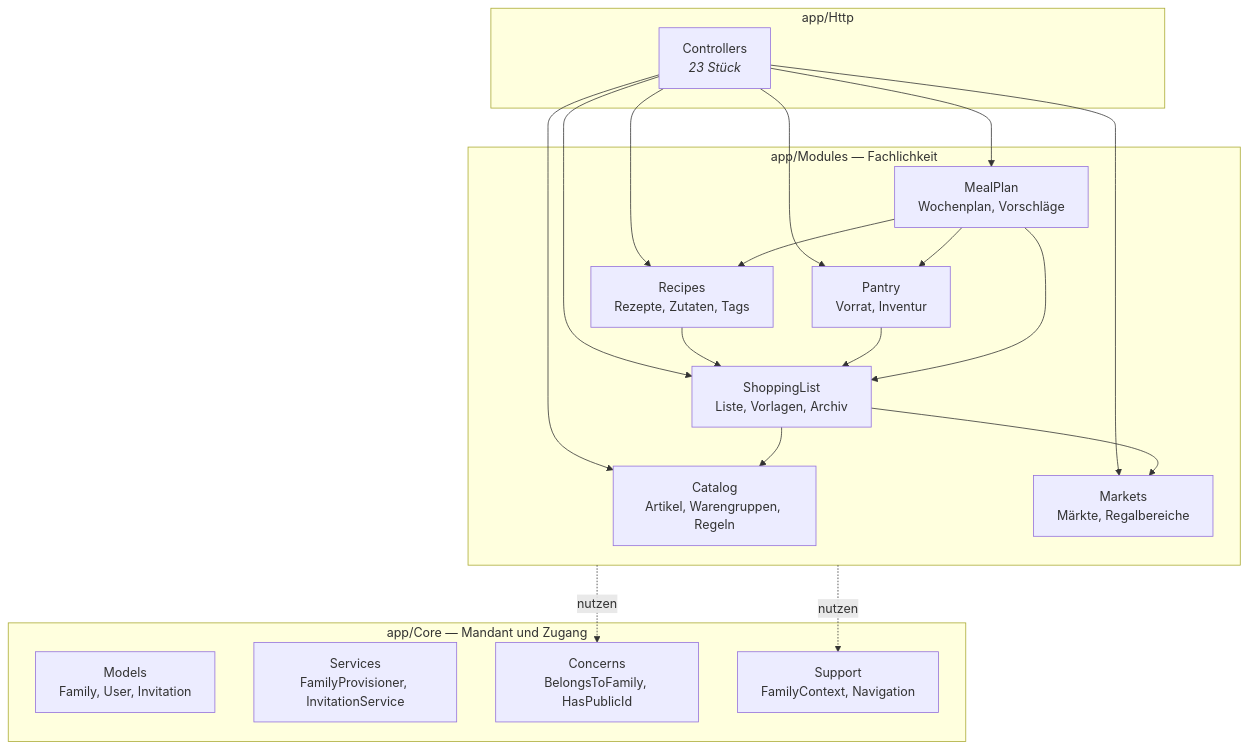
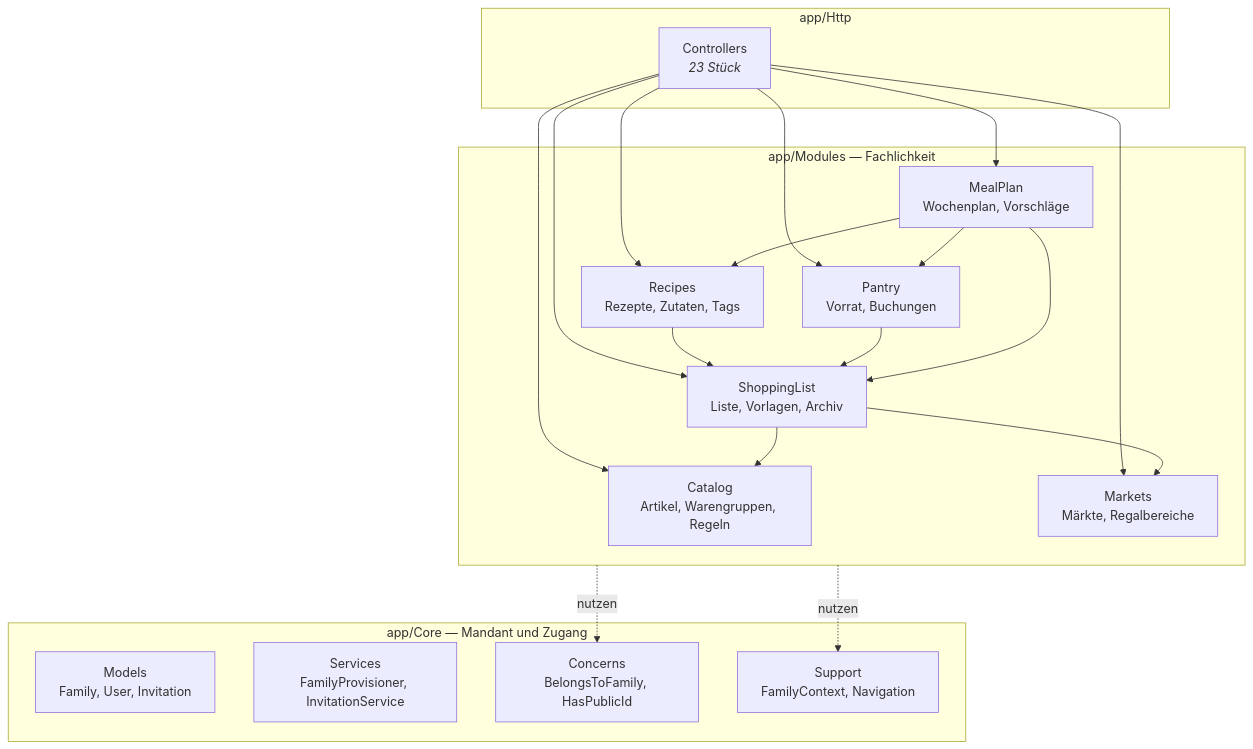
One commit to MarkusBrezing/Wocheneinkauf changed the second of 19 diagrams in docs/Wocheneinkauf-Technische-Dokumentation.md. Above: the diagram before and after it, drawn with Mermaid. The commit also changed other lines of this file and 21 other files, not shown here.

````diff
--- a/docs/Wocheneinkauf-Technische-Dokumentation.md
+++ b/docs/Wocheneinkauf-Technische-Dokumentation.md
@@ -54,40 +54,40 @@
 ```mermaid
 graph TB
     subgraph HTTP["app/Http"]
         C["Controllers<br/><i>23 Stück</i>"]
     end
 
     subgraph Core["app/Core — Mandant und Zugang"]
         CM["Models<br/>Family, User, Invitation"]
         CS["Services<br/>FamilyProvisioner, InvitationService"]
         CC["Concerns<br/>BelongsToFamily, HasPublicId"]
         CX["Support<br/>FamilyContext, Navigation"]
     end
 
     subgraph Mod["app/Modules — Fachlichkeit"]
         Cat["Catalog<br/>Artikel, Warengruppen, Regeln"]
         Mar["Markets<br/>Märkte, Regalbereiche"]
         SL["ShoppingList<br/>Liste, Vorlagen, Archiv"]
         Rec["Recipes<br/>Rezepte, Zutaten, Tags"]
-        Pan["Pantry<br/>Vorrat, Inventur"]
+        Pan["Pantry<br/>Vorrat, Buchungen"]
         MP["MealPlan<br/>Wochenplan, Vorschläge"]
     end
 
     C --> SL
     C --> Rec
     C --> Pan
     C --> MP
     C --> Cat
     C --> Mar
 
     SL --> Cat
     SL --> Mar
     Rec --> SL
     Pan --> SL
     MP --> Rec
     MP --> Pan
     MP --> SL
 
     Mod -.->|"nutzen"| CC
     Mod -.->|"nutzen"| CX
 ```
````
